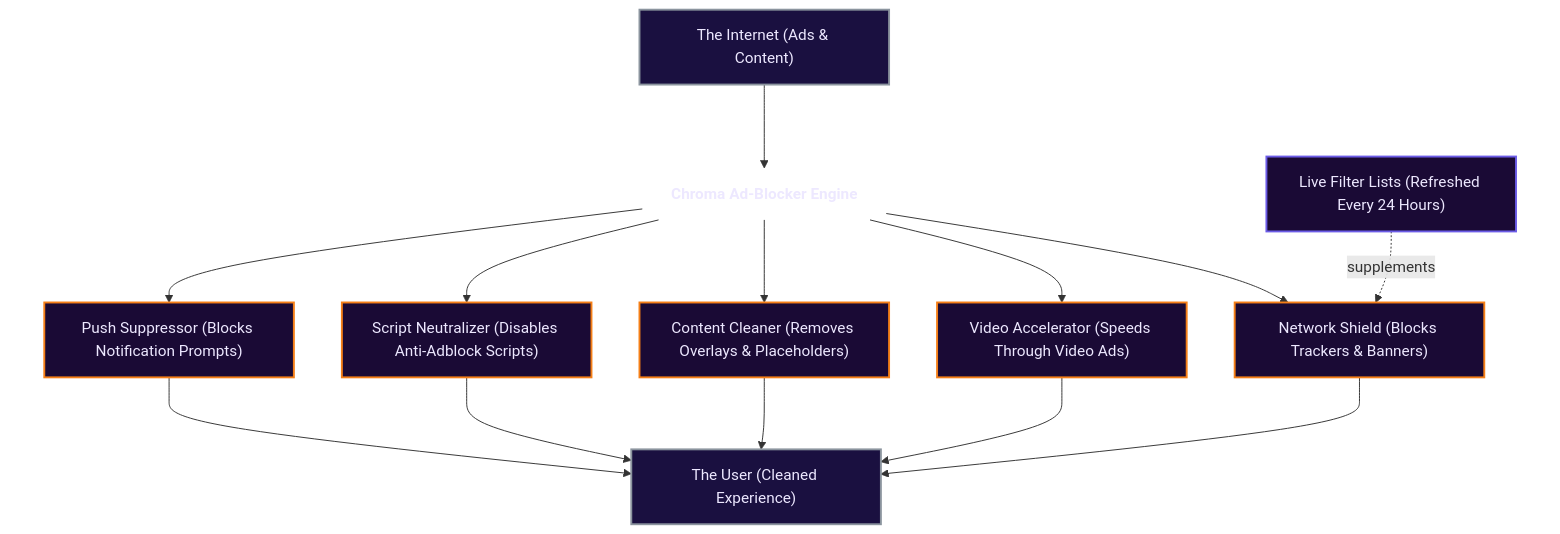
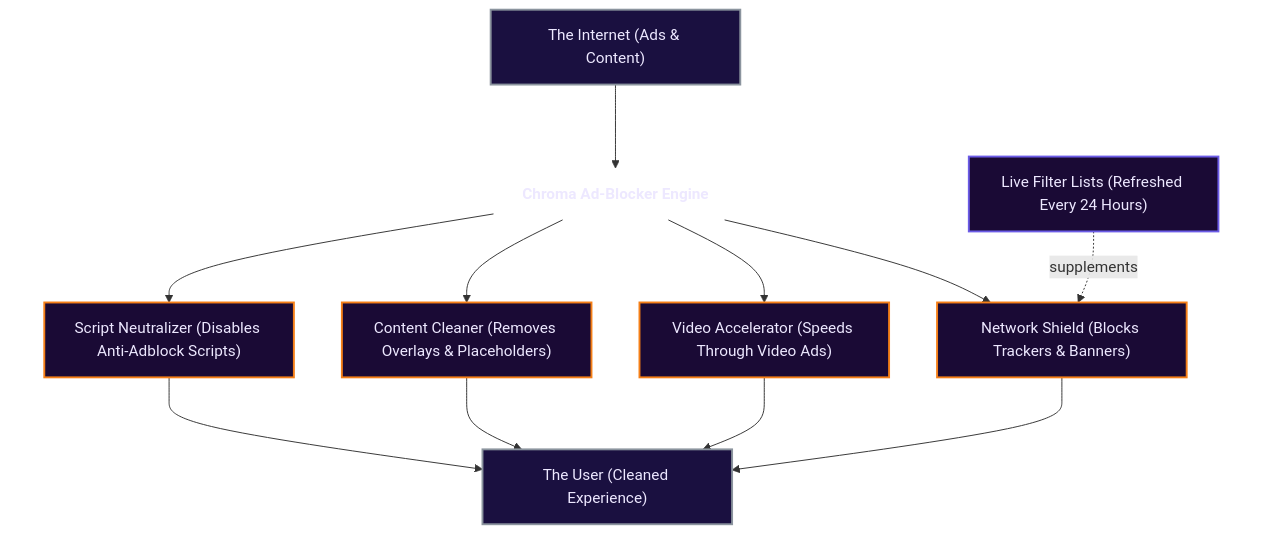
The diagram in docs/index.md (Dabrogost/Chroma-Ad-Blocker), drawn with Mermaid before and after one commit. The commit also changed other lines of this file and 2 other files, not shown here.

```diff
--- a/docs/index.md
+++ b/docs/index.md
@@ -176,39 +161,36 @@
     <div class="mermaid">
 graph TD
     classDef actor fill:#1a1040,color:#ede8ff,stroke:#8b949e,stroke-width:2px
     classDef engine fill:#1a1040,color:#ede8ff,stroke:#01579b,stroke-width:2px
     classDef action fill:#1a0a35,color:#ede8ff,stroke:#f57f17,stroke-width:2px
     classDef support fill:#1a0a35,color:#ede8ff,stroke:#6c5ce7,stroke-width:2px
     classDef title fill:none,stroke:none,color:#ede8ff,font-size:16px,font-weight:bold
 
     INTERNET["The Internet (Ads & Content)"]:::actor
 
     subgraph CHROMA[" "]
         TITLE["Chroma Ad-Blocker Engine"]:::title
         NETWORK["Network Shield (Blocks Trackers & Banners)"]:::action
         LISTS["Live Filter Lists (Refreshed Every 24 Hours)"]:::support
         VIDEO["Video Accelerator (Speeds Through Video Ads)"]:::action
         CONTENT["Content Cleaner (Removes Overlays & Placeholders)"]:::action
         SCRIPTLETS["Script Neutralizer (Disables Anti-Adblock Scripts)"]:::action
-        PUSH["Push Suppressor (Blocks Notification Prompts)"]:::action
 
         TITLE --> NETWORK
         TITLE --> VIDEO
         TITLE --> CONTENT
         TITLE --> SCRIPTLETS
-        TITLE --> PUSH
         LISTS -.->|"supplements"| NETWORK
     end
 
     USER["The User (Cleaned Experience)"]:::actor
 
     INTERNET --> TITLE
 
     NETWORK --> USER
     VIDEO --> USER
     CONTENT --> USER
     SCRIPTLETS --> USER
-    PUSH --> USER
 
     style CHROMA fill:none,stroke:none
     </div>
```
